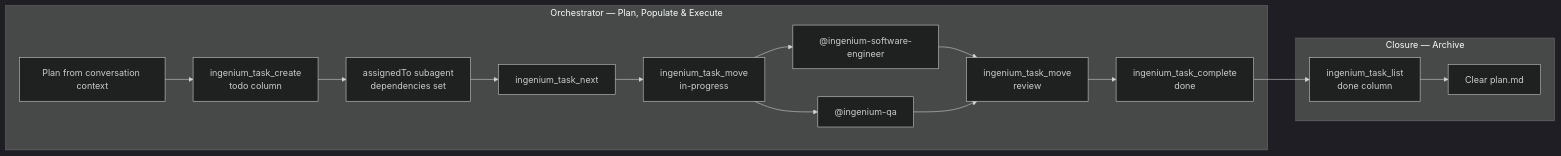
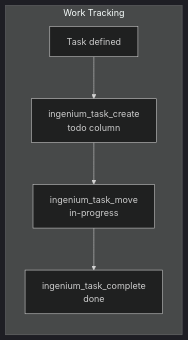
Before and after one commit to jtmb/ingenium: the second of 2 diagrams in docs/configure/agents.md, drawn with Mermaid (dark theme). The commit also changed other lines of this file and 305 other files, not shown here.

````diff
--- a/docs/configure/agents.md
+++ b/docs/configure/agents.md
@@ -109,19 +114,8 @@
 ```mermaid
 flowchart LR
-    subgraph Orchestrator["Orchestrator — Plan, Populate & Execute"]
-        REQ["Plan from conversation context"] --> CREATE["ingenium_task_create<br/>todo column"]
-        CREATE --> ASSIGN["assignedTo subagent<br/>dependencies set"]
-        ASSIGN --> NEXT["ingenium_task_next"]
-        NEXT --> INPROG["ingenium_task_move<br/>in-progress"]
-        INPROG --> SE["@ingenium-software-engineer"]
-        INPROG --> QA["@ingenium-qa"]
-        SE --> REVIEW["ingenium_task_move<br/>review"]
-        QA --> REVIEW
-        REVIEW --> DONE["ingenium_task_complete<br/>done"]
-    end
-    
-    subgraph Closure["Closure — Archive"]
-        DONE --> ARCHIVE["ingenium_task_list<br/>done column"]
-        ARCHIVE --> CLEAR["Clear plan.md"]
+    subgraph Workflow["Work Tracking"]
+        REQ["Task defined"] --> CREATE["ingenium_task_create<br/>todo column"]
+        CREATE --> INPROG["ingenium_task_move<br/>in-progress"]
+        INPROG --> DONE["ingenium_task_complete<br/>done"]
     end
 ```
````
